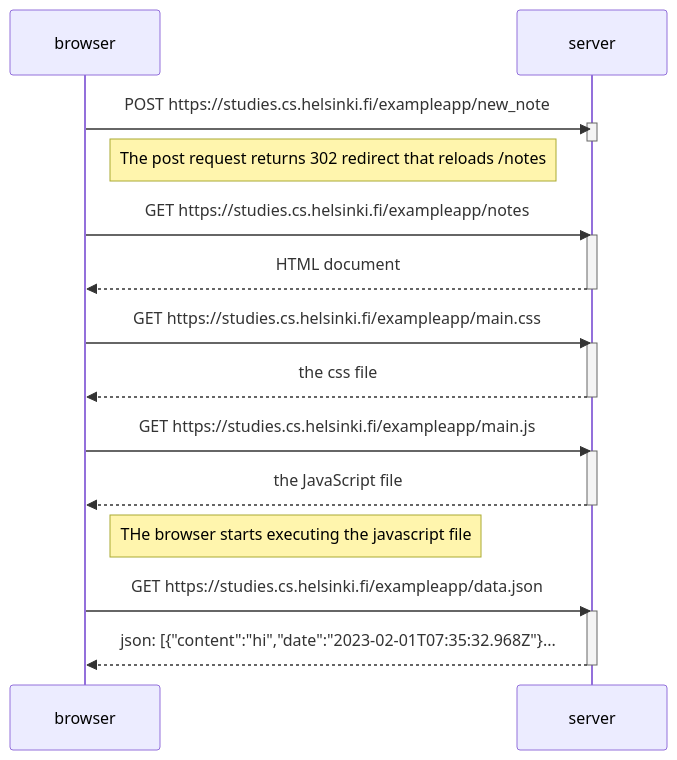
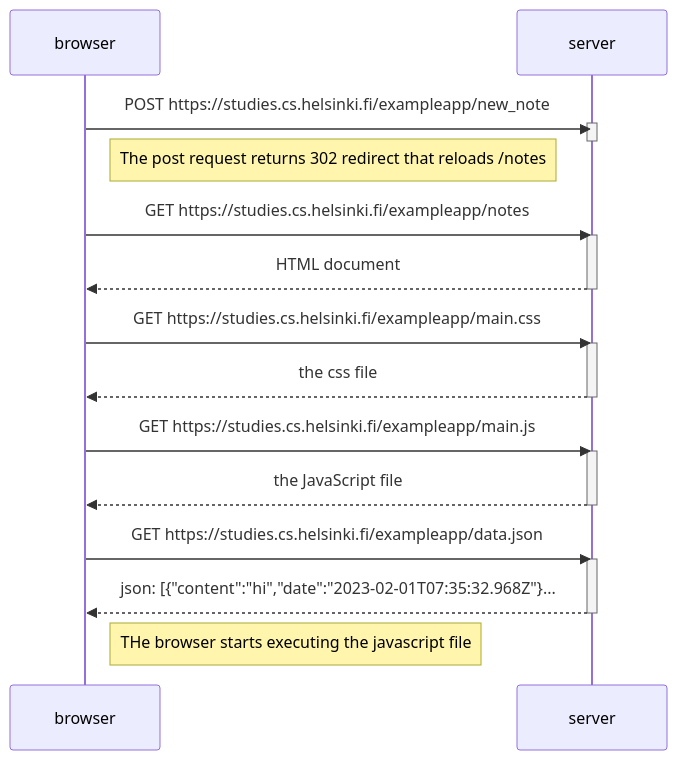
Before and after one commit to Hontunen/palautusrepositorio: the diagram in osa0/0.4.md, drawn with Mermaid.

Commit message:
Korjattiin järjestystä

````diff
--- a/osa0/0.4.md
+++ b/osa0/0.4.md
@@ -1,37 +1,39 @@
 ```mermaid
 
 sequenceDiagram
     participant browser
     participant server
     
     browser->>server: POST https://studies.cs.helsinki.fi/exampleapp/new_note
     activate server
     deactivate server
 
     Note right of browser: The post request returns 302 redirect that reloads /notes
     
     browser->>server: GET https://studies.cs.helsinki.fi/exampleapp/notes
     activate server
     server-->>browser: HTML document
     deactivate server
     
     browser->>server: GET https://studies.cs.helsinki.fi/exampleapp/main.css
     activate server
     server-->>browser: the css file
     deactivate server
     
     
     browser->>server:  GET https://studies.cs.helsinki.fi/exampleapp/main.js
     activate server
     server-->>browser:  the JavaScript file
     deactivate server    
     
-    Note right of browser: THe browser starts executing the javascript file 
+
     
     browser->>server:  GET https://studies.cs.helsinki.fi/exampleapp/data.json
     activate server
     server-->>browser:  json: [{"content":"hi","date":"2023-02-01T07:35:32.968Z"}...
     deactivate server   
+    
+    Note right of browser: THe browser starts executing the javascript file 
 
 
 ```
````
